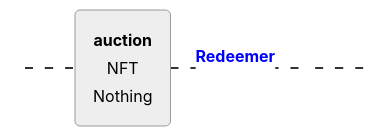
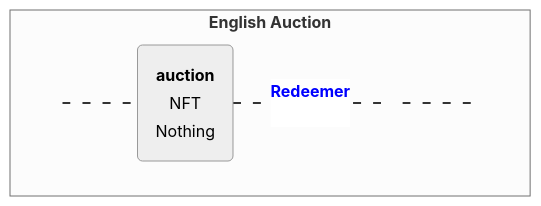
One commit to RalfWeiss/ergo-course-summary changed the ninth of 9 diagrams in cardano/week1.md. Above: the diagram before and after it, drawn with Mermaid (neutral theme). The commit also changed other lines of this file and 4 other files, not shown here.

````diff
--- a/cardano/week1.md
+++ b/cardano/week1.md
@@ -344,21 +344,24 @@
 ```mermaid
-flowchart LR
+flowchart TD 
+  subgraph TOP[<b>English Auction</b>]
+  direction LR
 
-  %% Defining invisible Connector
-  C1(( )):::invisible
-  C2(( )):::invisible
-  C3(( )):::invisible
+    %% Defining invisible Connector
+    C1(( )):::invisible
+    C2(( )):::invisible
+    C3(( )):::invisible
 
-  %% Defining the UTxO's // align=Left funktioniert nicht
-  Script( <table><tr><th>auction</th></tr><tr><td>NFT</td></tr><tr><td>Nothing</td></tr></table> )
+    %% Defining the UTxO's // align=Left funktioniert nicht
+    Script( <table><tr><th>auction</th></tr><tr><td>NFT<br /></td></tr><tr><td>Nothing</td></tr></table> )
 
 
-  %% Defining the Tx
-  C1 --- Script
-  Script -- <p><b>Redeemer</b><br/><br/></p> --- C2
-  C2 --- C3
+    %% Defining the Tx
+    C1 --- Script
+    Script -- <p><b>Redeemer</b><br/><br/></p> --- C2
+    C2 --- C3
 
-  %% Defining Styles
-  classDef invisible fill:none,stroke:none;
-  linkStyle 0,1,2 stroke:#333,stroke-width:2px,color:blue,stroke-dasharray: 8 12;
+    %% Defining Styles
+    classDef invisible fill:none,stroke:none;
+    linkStyle 0,1,2 stroke:#333,stroke-width:2px,color:blue,stroke-dasharray: 8 12;
+  end
 ```
````
